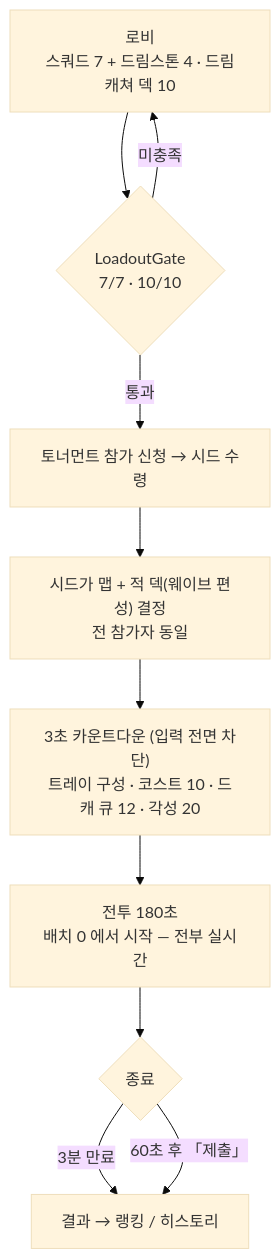
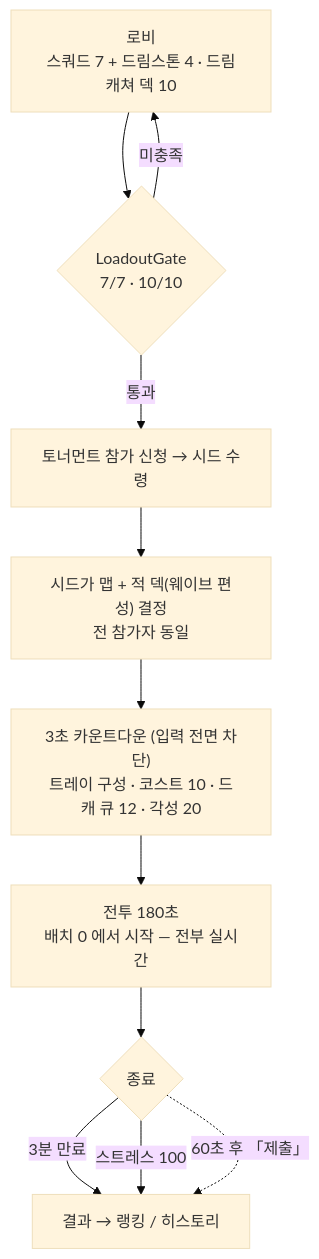
One commit to wasssupman/dreamsquad-demo changed the diagram in docs/reference/ingame-flow.md. Above: the diagram before and after it, drawn with Mermaid (base theme). The commit also changed other lines of this file and 26 other files, not shown here.

````diff
--- a/docs/reference/ingame-flow.md
+++ b/docs/reference/ingame-flow.md
@@ -22,12 +22,13 @@
 ```mermaid
 flowchart TD
     L["로비<br/>스쿼드 7 + 드림스톤 4 · 드림캐쳐 덱 10"] --> G{"LoadoutGate<br/>7/7 · 10/10"}
     G -->|미충족| L
     G -->|통과| S["토너먼트 참가 신청 → 시드 수령"]
     S --> M["시드가 맵 + 적 덱(웨이브 편성) 결정<br/>전 참가자 동일"]
     M --> C["3초 카운트다운 (입력 전면 차단)<br/>트레이 구성 · 코스트 10 · 드캐 큐 12 · 각성 20"]
     C --> B["전투 180초<br/>배치 0 에서 시작 — 전부 실시간"]
     B --> E{"종료"}
     E -->|3분 만료| R["결과 → 랭킹 / 히스토리"]
-    E -->|60초 후 「제출」| R
+    E -->|스트레스 100| R
+    E -.->|60초 후 「제출」| R
 ```
````
